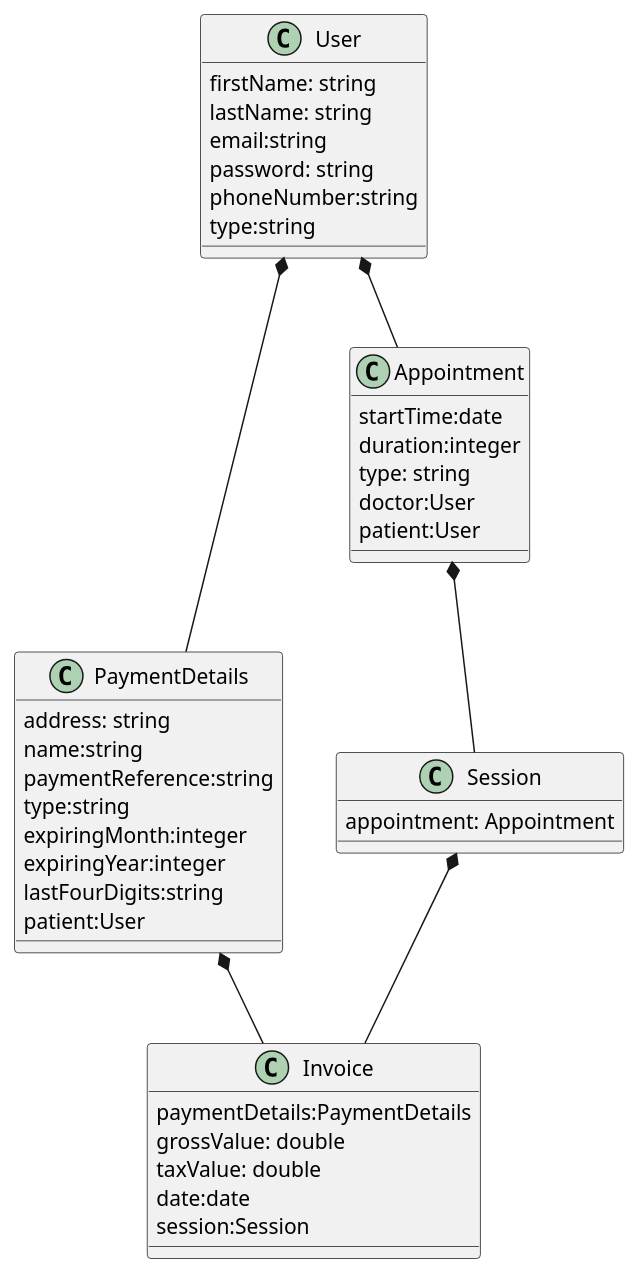
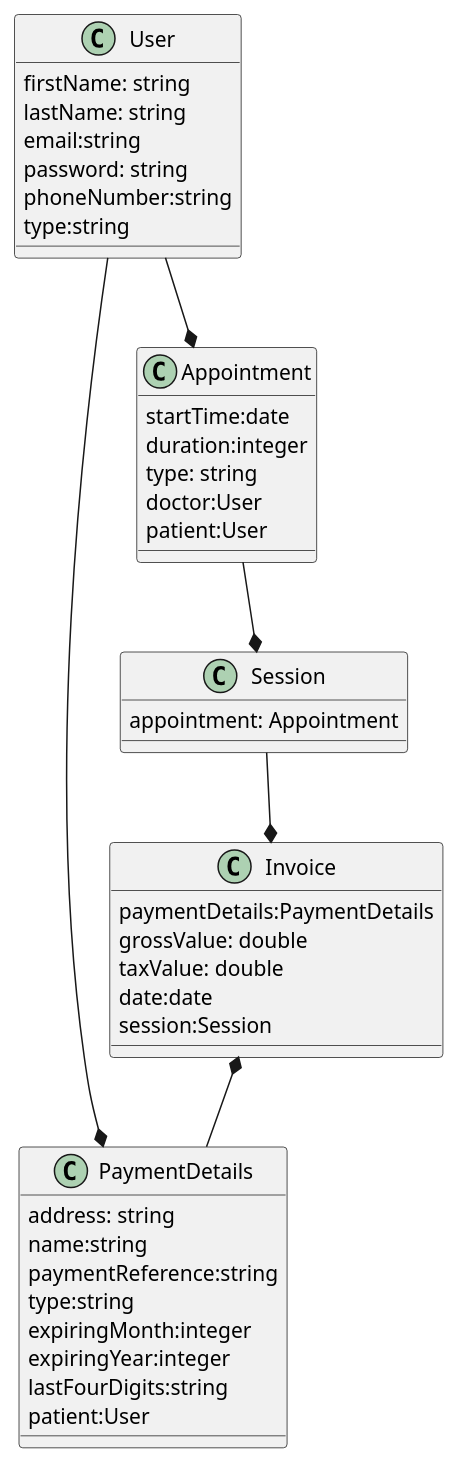
Before and after one commit to alinaberlin/virtual_doctor: the diagram in class.puml, drawn with PlantUML.

Commit message:
corection in the relations for the classes diagram

```diff
--- a/class.puml
+++ b/class.puml
@@ -1,44 +1,44 @@
 @startuml classes_diagram
 
 class User{
     firstName: string
     lastName: string
     email:string
     password: string
     phoneNumber:string
     type:string
 }
 class PaymentDetails{
     address: string
     name:string
     paymentReference:string
     type:string
     expiringMonth:integer
     expiringYear:integer
     lastFourDigits:string
     patient:User
 }
     class Appointment{
     startTime:date
     duration:integer
     type: string
     doctor:User
     patient:User
 }
 
 class Session{
     appointment: Appointment
 }
 class Invoice {
     paymentDetails:PaymentDetails
     grossValue: double
     taxValue: double
     date:date
     session:Session
 }
-User *-- Appointment
-User *-- PaymentDetails
-Appointment *-- Session
-Session *-- Invoice
-PaymentDetails *-- Invoice
+User --* Appointment
+User --* PaymentDetails
+Appointment --* Session
+Session --* Invoice
+Invoice *-- PaymentDetails
 @enduml
```
